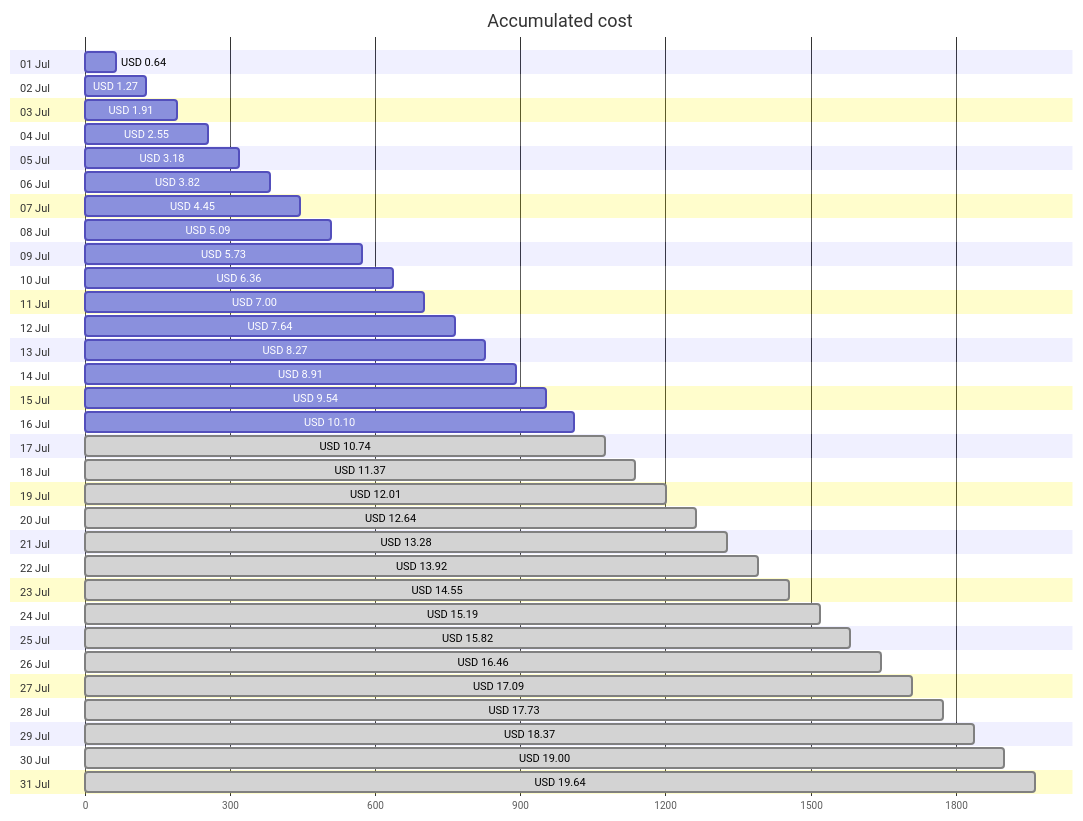
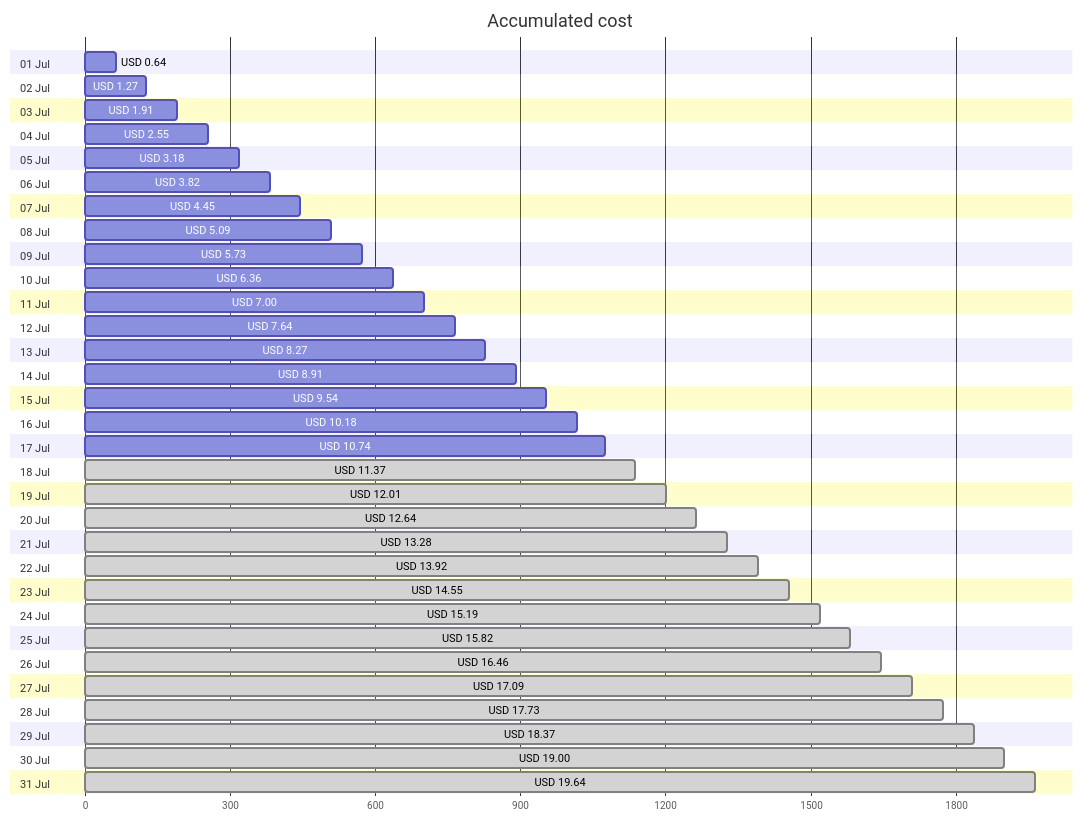
One commit to jpfulton/azure-personal-reports changed the first of 4 diagrams in cost-reports/accumulated-cost.md. Above: the diagram before and after it, drawn with Mermaid. The commit also changed other lines of this file and 4 other files, not shown here.

````diff
--- a/cost-reports/accumulated-cost.md
+++ b/cost-reports/accumulated-cost.md
@@ -20,68 +20,68 @@
 ```mermaid
 gantt
    title Accumulated cost
    dateFormat  X
    axisFormat %s
    section 01 Jul
    USD 0.64 :0, 64
    section 02 Jul
    USD 1.27 :0, 127
    section 03 Jul
    USD 1.91 :0, 191
    section 04 Jul
    USD 2.55 :0, 255
    section 05 Jul
    USD 3.18 :0, 318
    section 06 Jul
    USD 3.82 :0, 382
    section 07 Jul
    USD 4.45 :0, 445
    section 08 Jul
    USD 5.09 :0, 509
    section 09 Jul
    USD 5.73 :0, 573
    section 10 Jul
    USD 6.36 :0, 636
    section 11 Jul
    USD 7.00 :0, 700
    section 12 Jul
    USD 7.64 :0, 764
    section 13 Jul
    USD 8.27 :0, 827
    section 14 Jul
    USD 8.91 :0, 891
    section 15 Jul
    USD 9.54 :0, 954
    section 16 Jul
-   USD 10.10 :0, 1010
+   USD 10.18 :0, 1018
    section 17 Jul
-   USD 10.74 : done, 0, 1074
+   USD 10.74 :0, 1074
    section 18 Jul
    USD 11.37 : done, 0, 1137
    section 19 Jul
    USD 12.01 : done, 0, 1201
    section 20 Jul
    USD 12.64 : done, 0, 1264
    section 21 Jul
    USD 13.28 : done, 0, 1328
    section 22 Jul
    USD 13.92 : done, 0, 1392
    section 23 Jul
    USD 14.55 : done, 0, 1455
    section 24 Jul
    USD 15.19 : done, 0, 1519
    section 25 Jul
    USD 15.82 : done, 0, 1582
    section 26 Jul
    USD 16.46 : done, 0, 1646
    section 27 Jul
    USD 17.09 : done, 0, 1709
    section 28 Jul
    USD 17.73 : done, 0, 1773
    section 29 Jul
    USD 18.37 : done, 0, 1837
    section 30 Jul
    USD 19.00 : done, 0, 1900
    section 31 Jul
    USD 19.64 : done, 0, 1964
 ```
````
